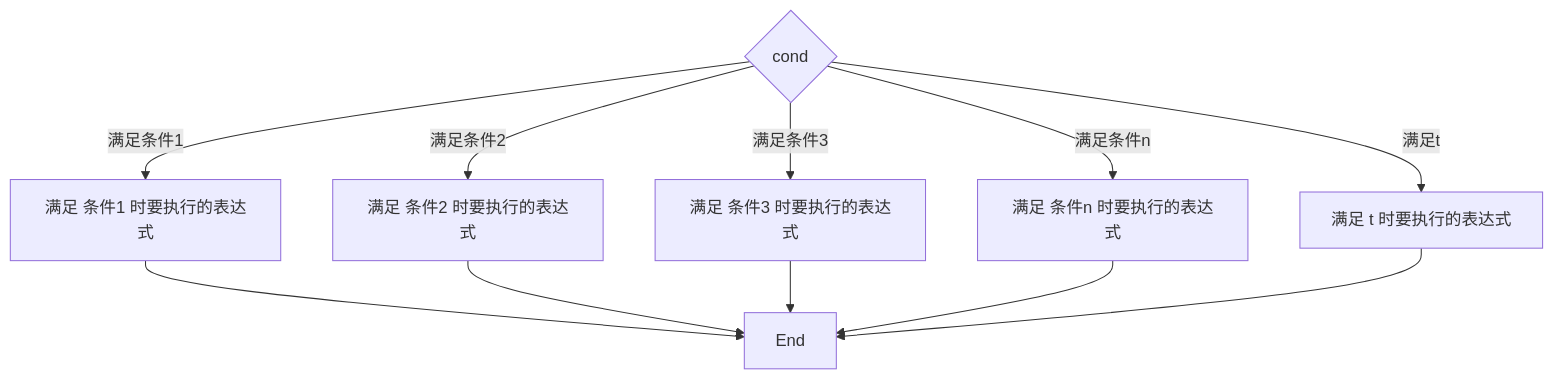
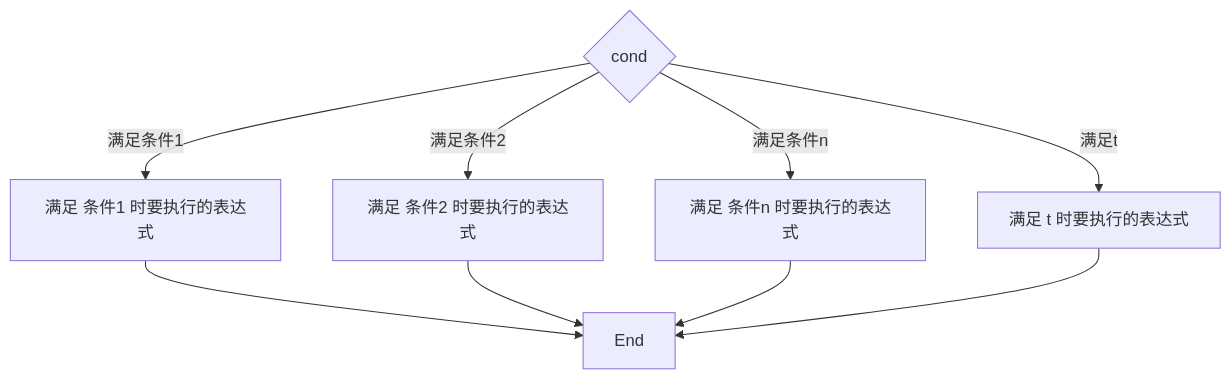
The sixth of 6 diagrams in Lisp入门/1-lisp.org (atlisp-org/atlisp-docs), drawn with Mermaid before and after one commit.

```diff
--- a/Lisp入门/1-lisp.org
+++ b/Lisp入门/1-lisp.org
@@ -384,10 +384,9 @@
 #+begin_src mermaid
   graph TD;
       A{cond} -->|满足条件1| B[ 满足 条件1 时要执行的表达式 ];
       A -->|满足条件2| C[ 满足 条件2 时要执行的表达式 ];
-      A -->|满足条件3| D[ 满足 条件3 时要执行的表达式 ];
       A -->|满足条件n| E[ 满足 条件n 时要执行的表达式 ];
       A -->|满足t| F[ 满足 t 时要执行的表达式 ];
-      B & C & D & E & F --> G[End];
+      B & C & E & F --> G[End];
 
 #+end_src
```
